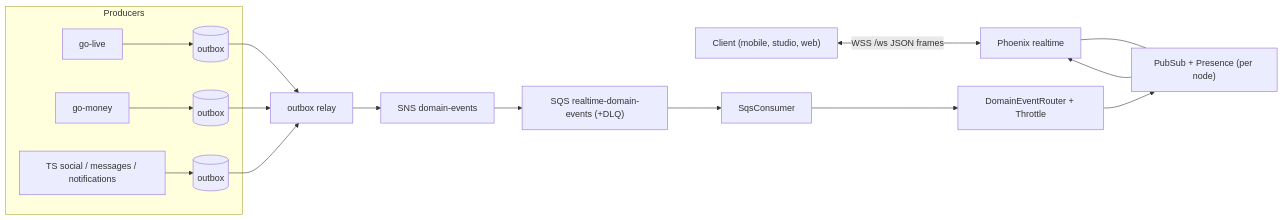
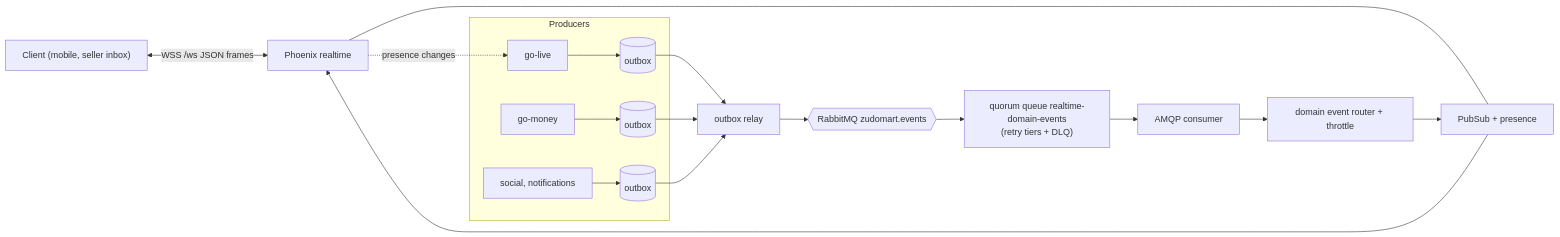
Before and after one commit to telente-technologies/nantty: the first of 3 diagrams in docs/architecture/realtime.md, drawn with Mermaid. The commit also changed other lines of this file and 14 other files, not shown here.

Commit message:
docs/architecture batch 1

````diff
--- a/docs/architecture/realtime.md
+++ b/docs/architecture/realtime.md
@@ -23,14 +21,15 @@
 ```mermaid
 flowchart LR
-  C["Client (mobile, studio, web)"] <-->|"WSS /ws JSON frames"| PH["Phoenix realtime"]
-  PH --- PS["PubSub + Presence (per node)"]
+  C["Client (mobile, seller inbox)"] <-->|"WSS /ws JSON frames"| PH["Phoenix realtime"]
+  PH --- PS["PubSub + presence"]
   subgraph Producers
     GL[go-live] --> OB1[(outbox)]
     GM[go-money] --> OB2[(outbox)]
-    SO["TS social / messages / notifications"] --> OB3[(outbox)]
+    SO["social, notifications"] --> OB3[(outbox)]
   end
-  OB1 & OB2 & OB3 --> RL["outbox relay"] --> SNS["SNS domain-events"]
-  SNS --> Q["SQS realtime-domain-events (+DLQ)"]
-  Q --> SC["SqsConsumer"] --> RT["DomainEventRouter + Throttle"] --> PS
+  OB1 & OB2 & OB3 --> RL["outbox relay"] --> EX{{"RabbitMQ zudomart.events"}}
+  EX --> Q["quorum queue realtime-domain-events<br/>(retry tiers + DLQ)"]
+  Q --> AC["AMQP consumer"] --> RT["domain event router + throttle"] --> PS
   PS --> PH
+  PH -. "presence changes" .-> GL
 ```
````
